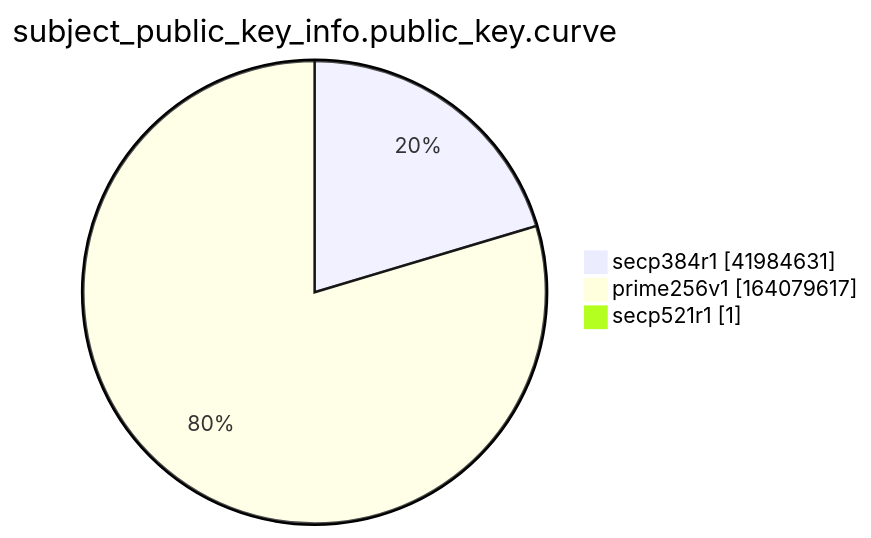
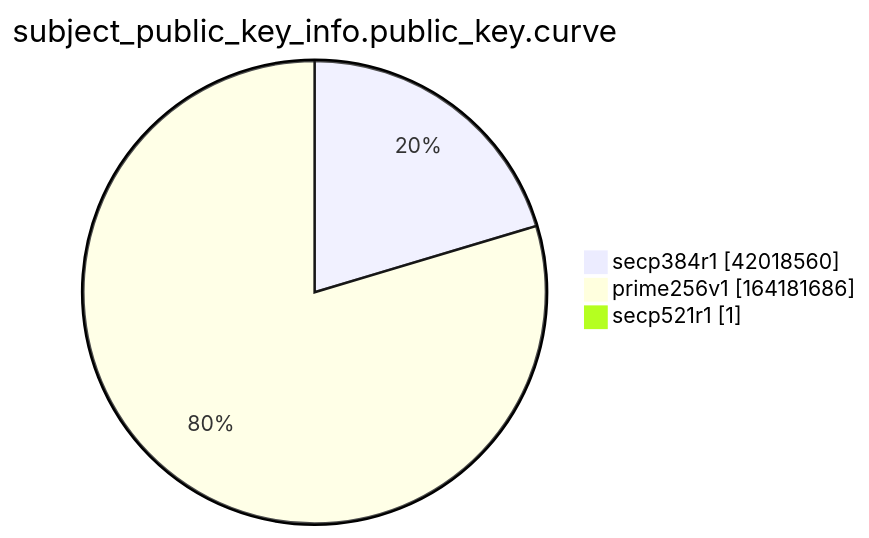
The ninth of 15 diagrams in xenon2022/README.md (christiankrug/ctmonitor_visualization), drawn with Mermaid before and after one commit. The commit also changed other lines of this file, not shown here.

````diff
--- a/xenon2022/README.md
+++ b/xenon2022/README.md
@@ -2869,7 +2869,7 @@
 ```mermaid
 pie showData
 title subject_public_key_info.public_key.curve
-"secp384r1" :41984631
-"prime256v1" :164079617
+"secp384r1" :42018560
+"prime256v1" :164181686
 "secp521r1" :1
 ```
````
